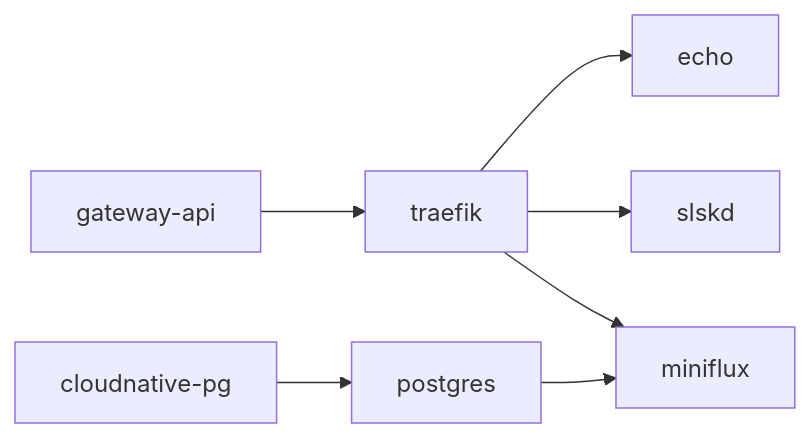
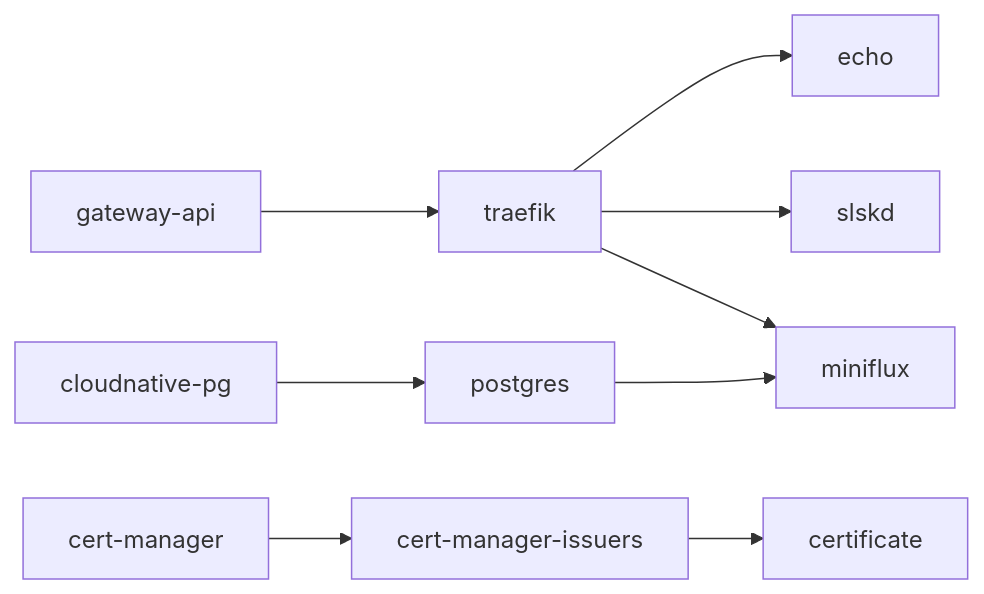
Before and after one commit to rafi/machines: the third of 5 diagrams in docs/architecture.md, drawn with Mermaid. The commit also changed other lines of this file and 17 other files, not shown here.

First line of the commit message:
feat(kube): issue the wildcard certificate with cert-manager

````diff
--- a/docs/architecture.md
+++ b/docs/architecture.md
@@ -113,5 +114,6 @@
 ```mermaid
 flowchart LR
   gw["gateway-api"] --> traefik --> echo & slskd & miniflux
   cnpg["cloudnative-pg"] --> postgres --> miniflux
+  cm["cert-manager"] --> issuers["cert-manager-issuers"] --> certificate
 ```
````
